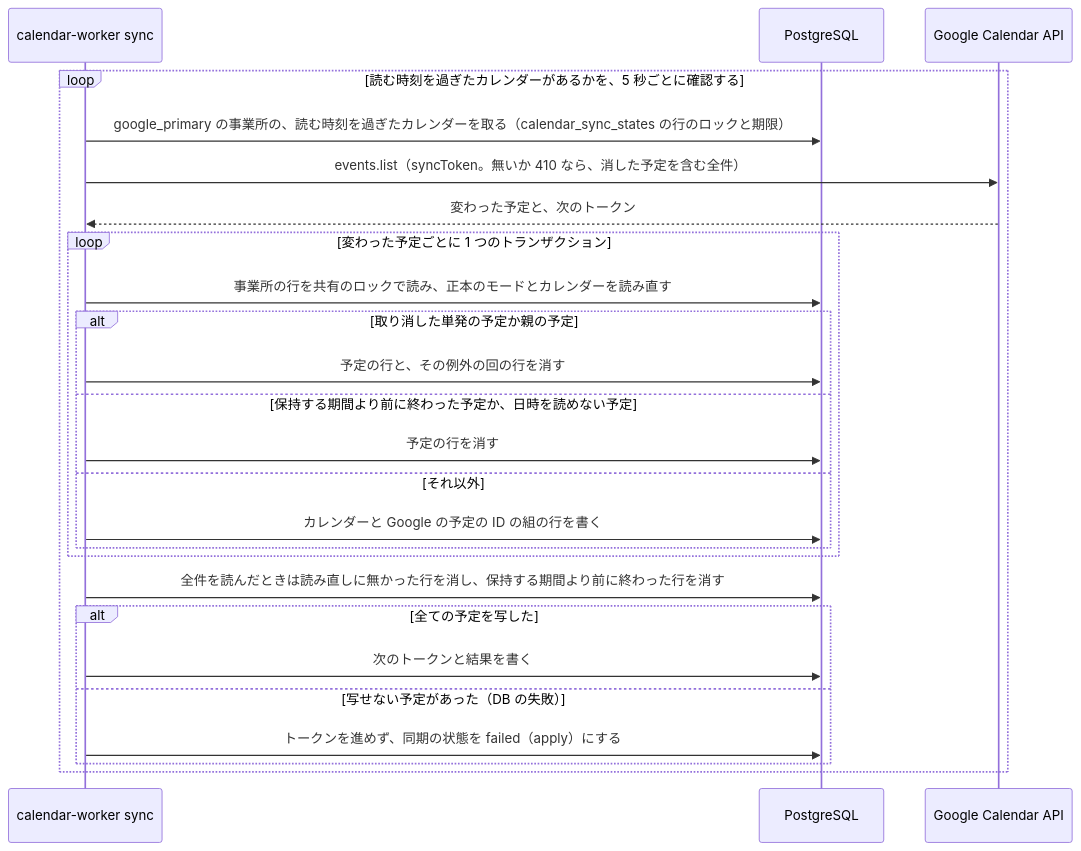
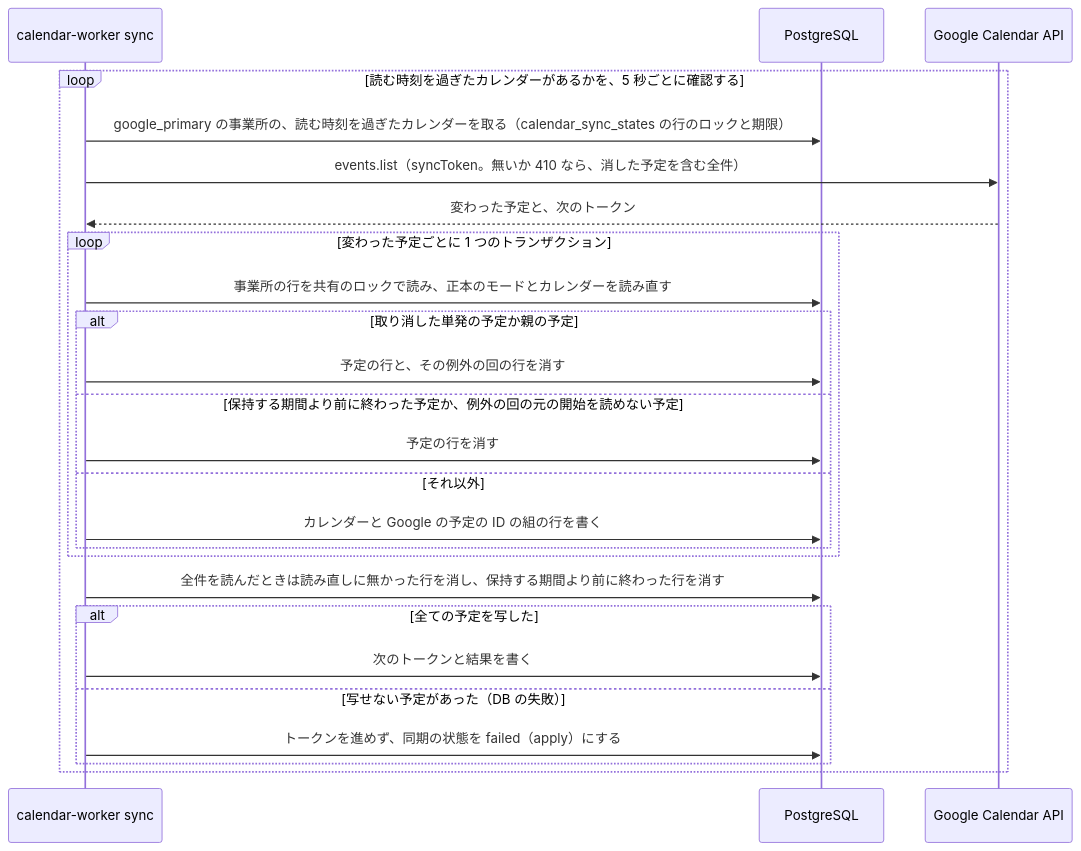
One commit to Fukuemon/buddy changed the fourth of 8 diagrams in services/schedule/internal/features/calendar/DesignDoc.md. Above: the diagram before and after it, drawn with Mermaid. The commit also changed other lines of this file and 1 other file, not shown here.

````diff
--- a/services/schedule/internal/features/calendar/DesignDoc.md
+++ b/services/schedule/internal/features/calendar/DesignDoc.md
@@ -633,27 +633,27 @@
 ```mermaid
 sequenceDiagram
   participant s as calendar-worker sync
   participant db as PostgreSQL
   participant g as Google Calendar API
   loop 読む時刻を過ぎたカレンダーがあるかを、5 秒ごとに確認する
     s->>db: google_primary の事業所の、読む時刻を過ぎたカレンダーを取る（calendar_sync_states の行のロックと期限）
     s->>g: events.list（syncToken。無いか 410 なら、消した予定を含む全件）
     g-->>s: 変わった予定と、次のトークン
     loop 変わった予定ごとに 1 つのトランザクション
       s->>db: 事業所の行を共有のロックで読み、正本のモードとカレンダーを読み直す
       alt 取り消した単発の予定か親の予定
         s->>db: 予定の行と、その例外の回の行を消す
-      else 保持する期間より前に終わった予定か、日時を読めない予定
+      else 保持する期間より前に終わった予定か、例外の回の元の開始を読めない予定
         s->>db: 予定の行を消す
       else それ以外
         s->>db: カレンダーと Google の予定の ID の組の行を書く
       end
     end
     s->>db: 全件を読んだときは読み直しに無かった行を消し、保持する期間より前に終わった行を消す
     alt 全ての予定を写した
       s->>db: 次のトークンと結果を書く
     else 写せない予定があった（DB の失敗）
       s->>db: トークンを進めず、同期の状態を failed（apply）にする
     end
   end
 ```
````
